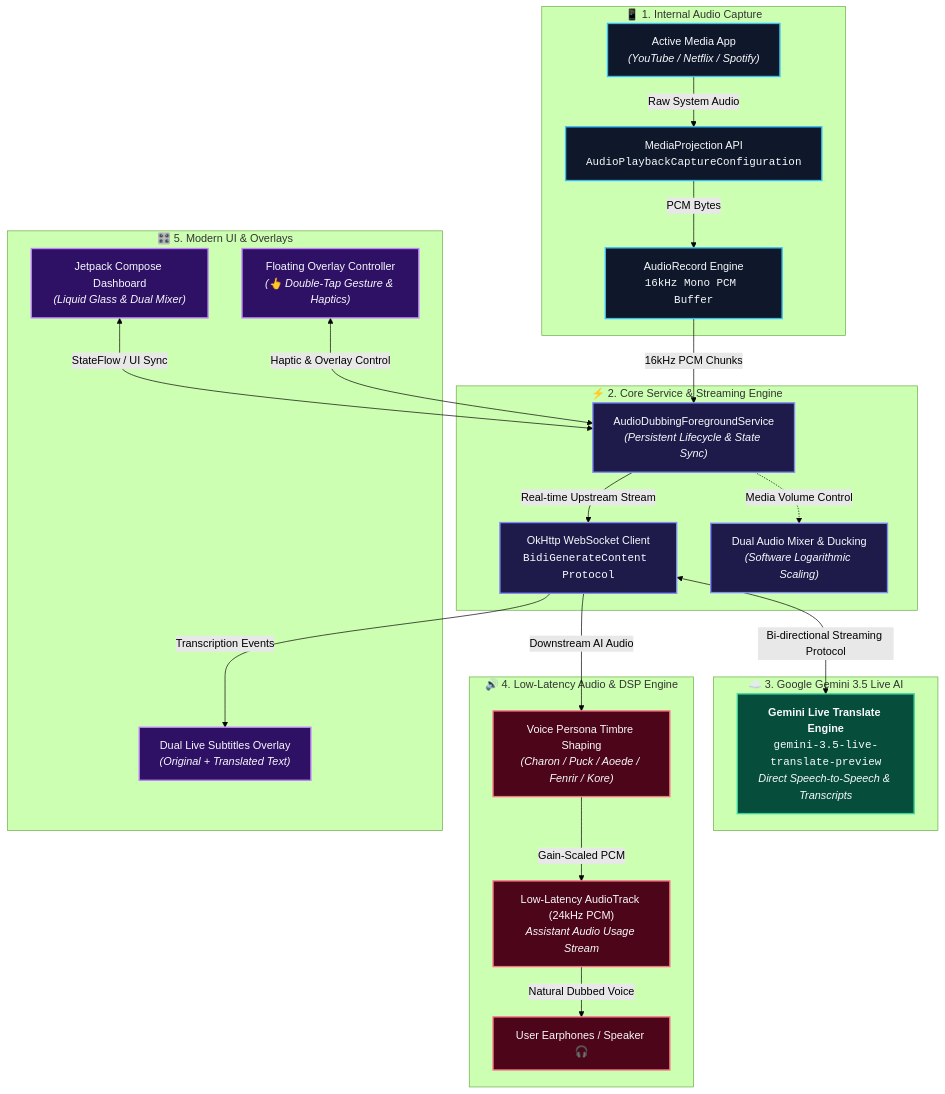
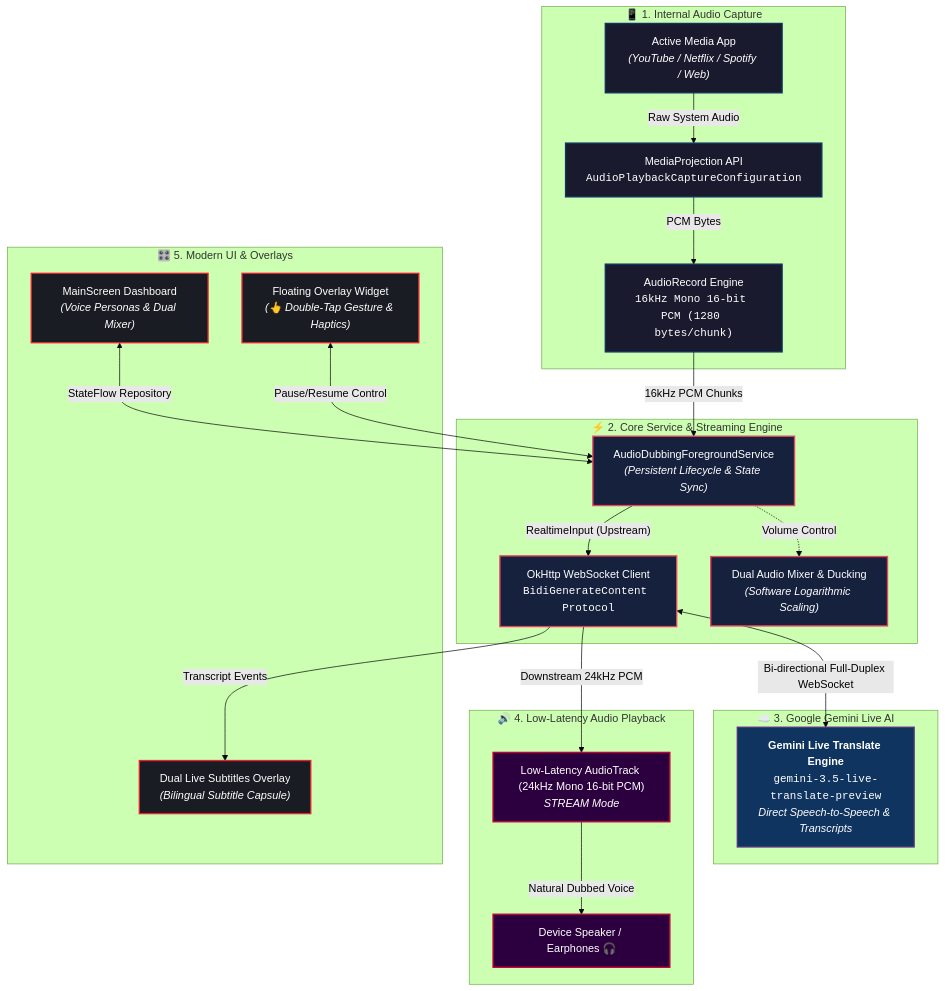
One commit to ivluca/iva-live-translate changed the diagram in README.md. Above: the diagram before and after it, drawn with Mermaid (forest theme). The commit also changed other lines of this file and 1 other file, not shown here.

Commit message:
docs: update README.md and optimize SettingsScreen

````diff
--- a/README.md
+++ b/README.md
@@ -210,54 +79,52 @@
 ```mermaid
 flowchart TD
     subgraph Capture["📱 1. Internal Audio Capture"]
-        APP["Active Media App<br/><i>(YouTube / Netflix / Spotify)</i>"]
+        APP["Active Media App<br/><i>(YouTube / Netflix / Spotify / Web)</i>"]
         MP["MediaProjection API<br/><code>AudioPlaybackCaptureConfiguration</code>"]
-        REC["AudioRecord Engine<br/><code>16kHz Mono PCM Buffer</code>"]
+        REC["AudioRecord Engine<br/><code>16kHz Mono 16-bit PCM (1280 bytes/chunk)</code>"]
         APP -->|"Raw System Audio"| MP
         MP -->|"PCM Bytes"| REC
     end
 
     subgraph Service["⚡ 2. Core Service & Streaming Engine"]
         FS["AudioDubbingForegroundService<br/><i>(Persistent Lifecycle & State Sync)</i>"]
         WS["OkHttp WebSocket Client<br/><code>BidiGenerateContent Protocol</code>"]
         MIX["Dual Audio Mixer & Ducking<br/><i>(Software Logarithmic Scaling)</i>"]
         REC -->|"16kHz PCM Chunks"| FS
-        FS -->|"Real-time Upstream Stream"| WS
-        FS -.->|"Media Volume Control"| MIX
+        FS -->|"RealtimeInput (Upstream)"| WS
+        FS -.->|"Volume Control"| MIX
     end
 
-    subgraph Cloud["☁️ 3. Google Gemini 3.5 Live AI"]
+    subgraph Cloud["☁️ 3. Google Gemini Live AI"]
         GEMINI["<b>Gemini Live Translate Engine</b><br/><code>gemini-3.5-live-translate-preview</code><br/><i>Direct Speech-to-Speech & Transcripts</i>"]
-        WS <-->|"Bi-directional Streaming Protocol"| GEMINI
+        WS <-->|"Bi-directional Full-Duplex WebSocket"| GEMINI
     end
 
-    subgraph Playback["🔊 4. Low-Latency Audio & DSP Engine"]
-        DSP["Voice Persona Timbre Shaping<br/><i>(Charon / Puck / Aoede / Fenrir / Kore)</i>"]
-        AT["Low-Latency AudioTrack (24kHz PCM)<br/><i>Assistant Audio Usage Stream</i>"]
-        OUT["User Earphones / Speaker 🎧"]
-        WS -->|"Downstream AI Audio"| DSP
-        DSP -->|"Gain-Scaled PCM"| AT
+    subgraph Playback["🔊 4. Low-Latency Audio Playback"]
+        AT["Low-Latency AudioTrack (24kHz Mono 16-bit PCM)<br/><i>STREAM Mode</i>"]
+        OUT["Device Speaker / Earphones 🎧"]
+        WS -->|"Downstream 24kHz PCM"| AT
         AT -->|"Natural Dubbed Voice"| OUT
     end
 
     subgraph Controls["🎛️ 5. Modern UI & Overlays"]
-        UI["Jetpack Compose Dashboard<br/><i>(Liquid Glass & Dual Mixer)</i>"]
-        WIDGET["Floating Overlay Controller<br/><i>(👆 Double-Tap Gesture & Haptics)</i>"]
-        SUB["Dual Live Subtitles Overlay<br/><i>(Original + Translated Text)</i>"]
-        WS -->|"Transcription Events"| SUB
-        UI <-->|"StateFlow / UI Sync"| FS
-        WIDGET <-->|"Haptic & Overlay Control"| FS
+        UI["MainScreen Dashboard<br/><i>(Voice Personas & Dual Mixer)</i>"]
+        WIDGET["Floating Overlay Widget<br/><i>(👆 Double-Tap Gesture & Haptics)</i>"]
+        SUB["Dual Live Subtitles Overlay<br/><i>(Bilingual Subtitle Capsule)</i>"]
+        WS -->|"Transcript Events"| SUB
+        UI <-->|"StateFlow Repository"| FS
+        WIDGET <-->|"Pause/Resume Control"| FS
     end
 
-    classDef capture fill:#0f172a,stroke:#38bdf8,stroke-width:2px,color:#f8fafc;
-    classDef service fill:#1e1b4b,stroke:#818cf8,stroke-width:2px,color:#f8fafc;
-    classDef cloud fill:#064e3b,stroke:#34d399,stroke-width:2px,color:#f8fafc;
-    classDef playback fill:#4c0519,stroke:#fb7185,stroke-width:2px,color:#f8fafc;
-    classDef controls fill:#2e1065,stroke:#c084fc,stroke-width:2px,color:#f8fafc;
+    classDef capture fill:#1a1a2e,stroke:#0f3460,stroke-width:2px,color:#ffffff;
+    classDef service fill:#16213e,stroke:#e94560,stroke-width:2px,color:#ffffff;
+    classDef cloud fill:#0f3460,stroke:#533483,stroke-width:2px,color:#ffffff;
+    classDef playback fill:#2c003e,stroke:#c70039,stroke-width:2px,color:#ffffff;
+    classDef controls fill:#1a1c23,stroke:#e72234,stroke-width:2px,color:#ffffff;
 
     class APP,MP,REC capture;
     class FS,WS,MIX service;
     class GEMINI cloud;
-    class DSP,AT,OUT playback;
+    class AT,OUT playback;
     class UI,WIDGET,SUB controls;
 ```
````
